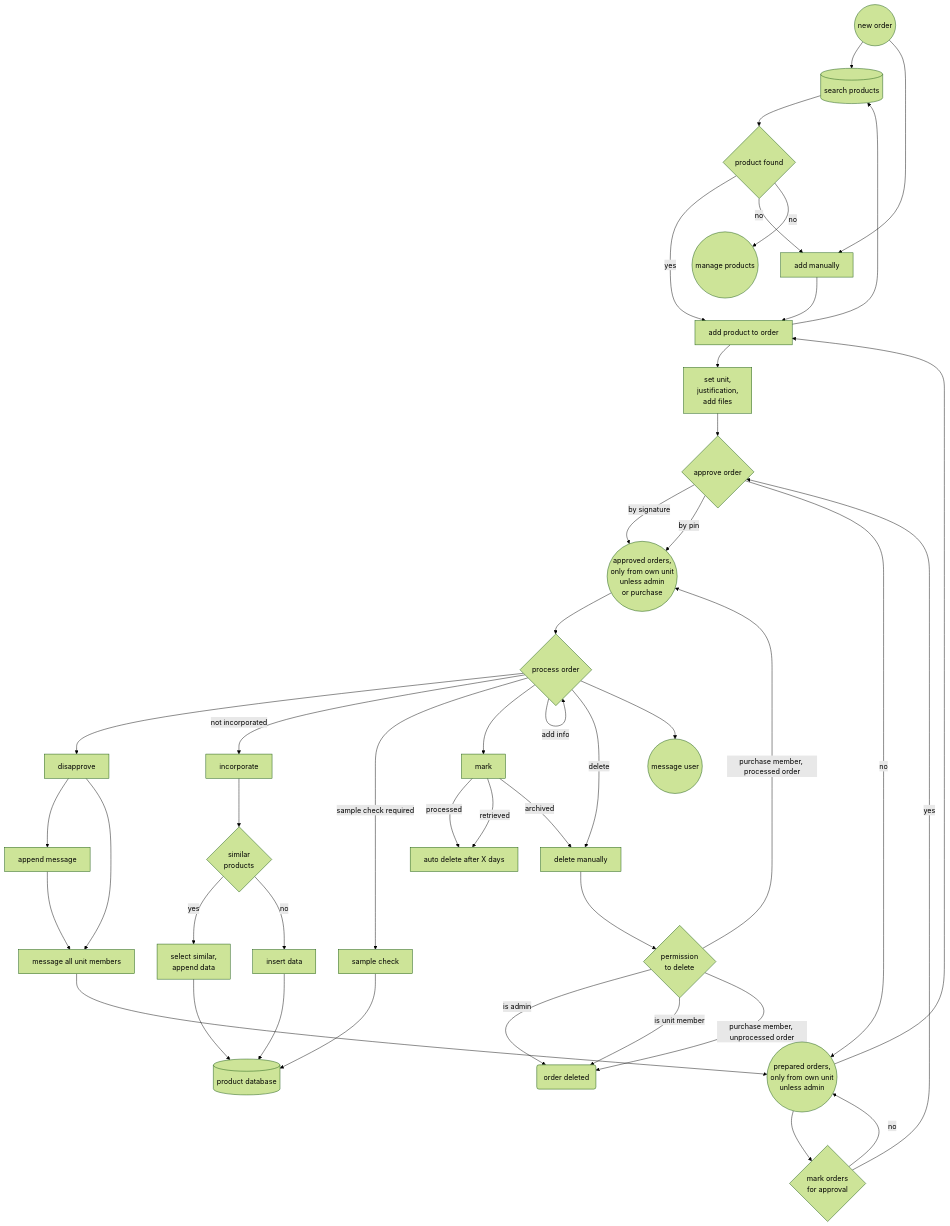
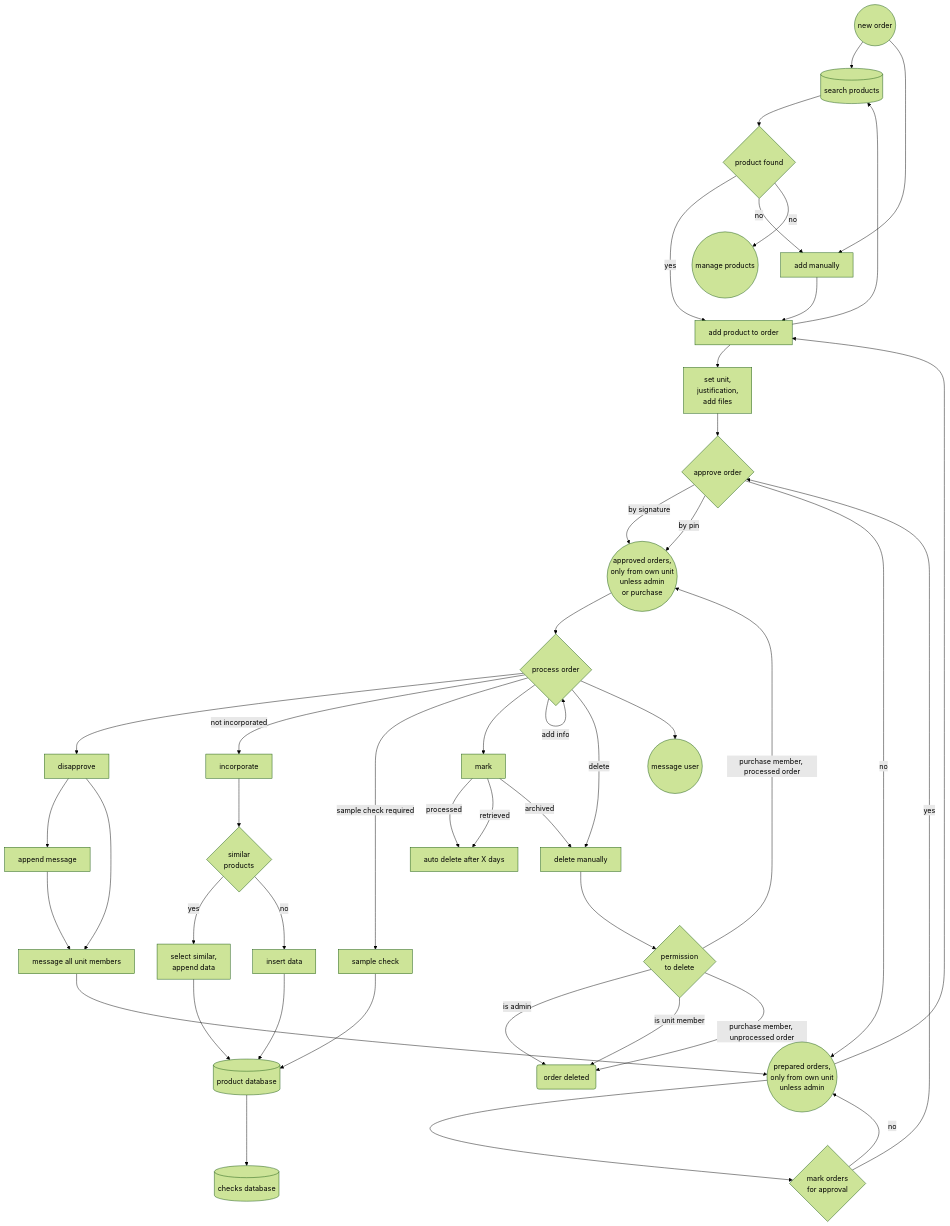
The sixth of 6 diagrams in readme.md (erroronline1/caro), drawn with Mermaid (forest theme) before and after one commit. The commit also changed other lines of this file, not shown here.

````diff
--- a/readme.md
+++ b/readme.md
@@ -441,63 +492,64 @@
 ```mermaid
 graph TD;
     new_order((new order))-->search_products[(search products)];
     search_products-->product_found{product found};
     product_found-->|yes|add_product[add product to order];
     new_order-->add_manually[add manually];
     product_found-->|no|add_manually;
     product_found-->|no|manage_products((manage products));
     add_manually-->add_product;
     add_product-->search_products;
     add_product-->add_info["set unit,
     justification,
     add files"];
     add_info-->approve_order{approve order};
     approve_order-->|by signature|approved_orders(("approved orders,
     only from own unit
     unless admin
     or purchase"));
     approve_order-->|by pin|approved_orders;
     approve_order-->|no|prepared_orders(("prepared orders,
     only from own unit
     unless admin"));
 
     approved_orders-->process_order{process order};
     process_order-->disapprove[disapprove];
     disapprove-->append_message[append message];
     append_message-->message_unit[message all unit members];
     disapprove-->message_unit;
     message_unit-->prepared_orders;
 
     process_order-->|not incorporated|incorporate;
     incorporate-->incorporate_similar{"similar
     products"};
     incorporate_similar-->|yes|select_similar["select similar,
     append data"];
     select_similar-->productdb[(product database)]
     incorporate_similar-->|no|insert_data[insert data];
-    insert_data-->productdb[(product database)]
+    insert_data-->productdb[(product database)];
+    productdb[(product database)]-->checksdb[(checks database)];
 
     process_order-->|sample check required|sample_check[sample check];
-    sample_check-->productdb[(product database)]
+    sample_check-->productdb[(product database)];
 
     process_order-->mark[mark];
     mark-->|processed|auto_delete[auto delete after X days];
     mark-->|retrieved|auto_delete;
     mark-->|archived|delete[delete manually];
     process_order-->|delete|delete;
     delete-->delete_permission{"permission
     to delete"};
     delete_permission-->|is admin|order_deleted(order deleted);
     delete_permission-->|is unit member|order_deleted;
     delete_permission-->|purchase member, unprocessed order|order_deleted;
     delete_permission-->|purchase member, processed order|approved_orders;
     
     process_order-->|add info|process_order;
     process_order-->message((message user))
 
     prepared_orders-->mark_bulk{"mark orders
     for approval"};
     mark_bulk-->|yes|approve_order;
     mark_bulk-->|no|prepared_orders;
     prepared_orders-->add_product;
 ```
````
